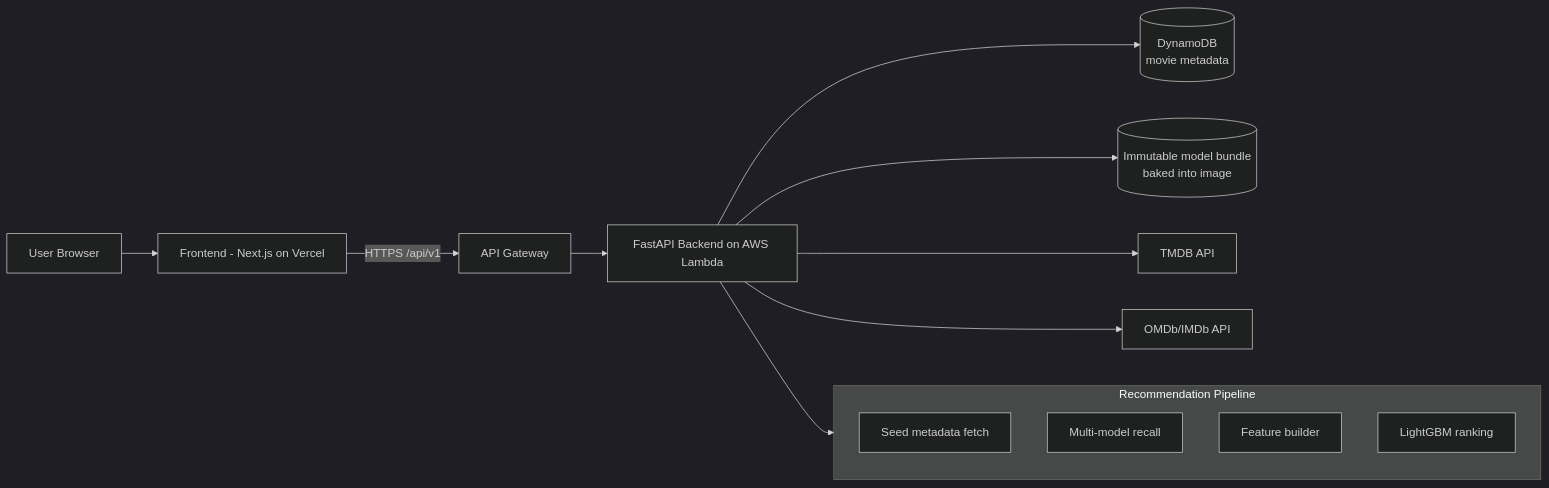
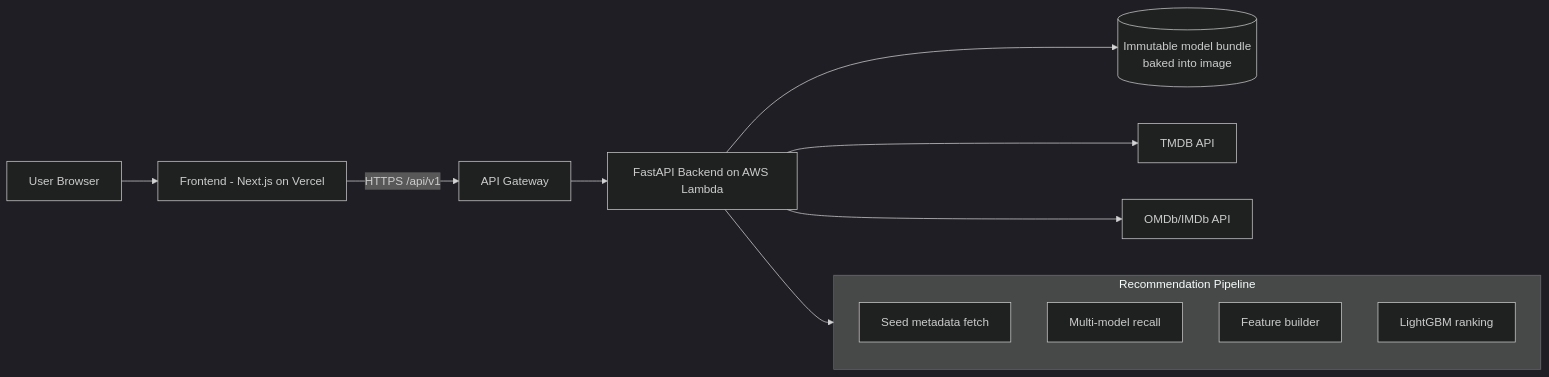
The diagram in README.md (rahul2-byte/movie-recommendation-system), drawn with Mermaid (dark theme) before and after one commit. The commit also changed other lines of this file and 218 other files, not shown here.

````diff
--- a/README.md
+++ b/README.md
@@ -57,20 +57,19 @@
 ```mermaid
 flowchart LR
   U[User Browser] --> F[Frontend - Next.js on Vercel]
   F -->|HTTPS /api/v1| G[API Gateway]
   G --> B[FastAPI Backend on AWS Lambda]
 
-  B --> D[(DynamoDB<br/>movie metadata)]
   B --> S[(Immutable model bundle<br/>baked into image)]
   B --> T[TMDB API]
   B --> O[OMDb/IMDb API]
 
   subgraph P[Recommendation Pipeline]
     R1[Seed metadata fetch]
     R2[Multi-model recall]
     R3[Feature builder]
     R4[LightGBM ranking]
   end
 
   B --> P
 ```
````
